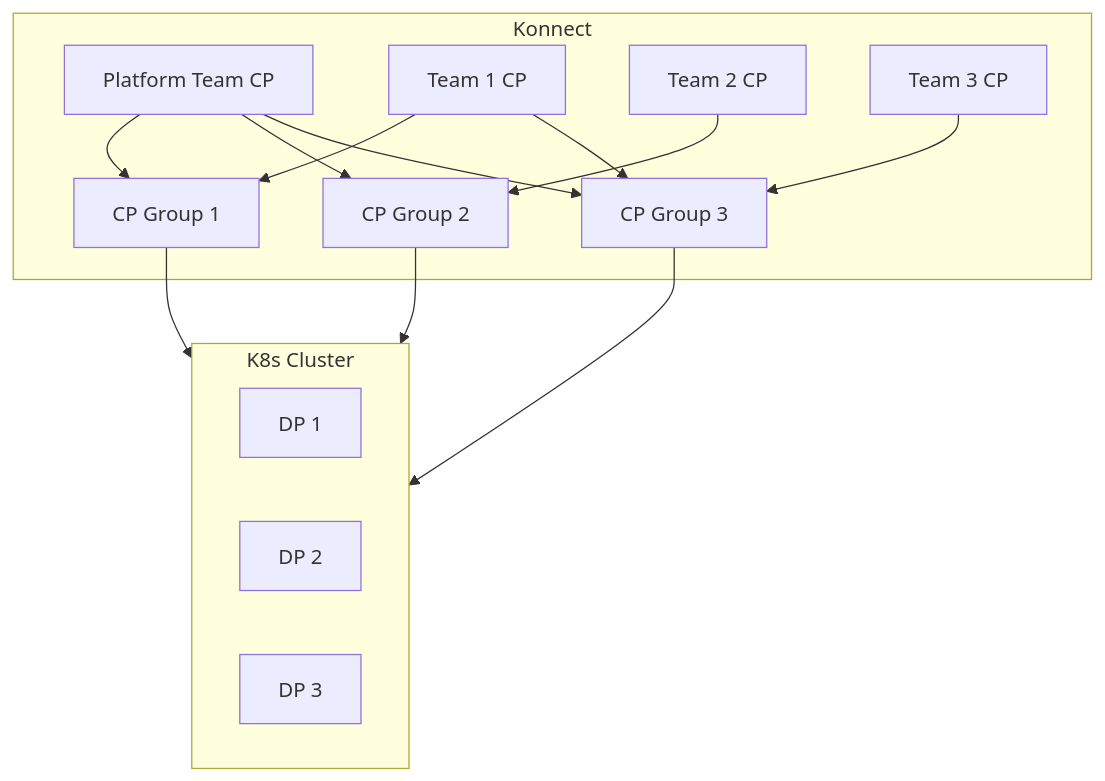
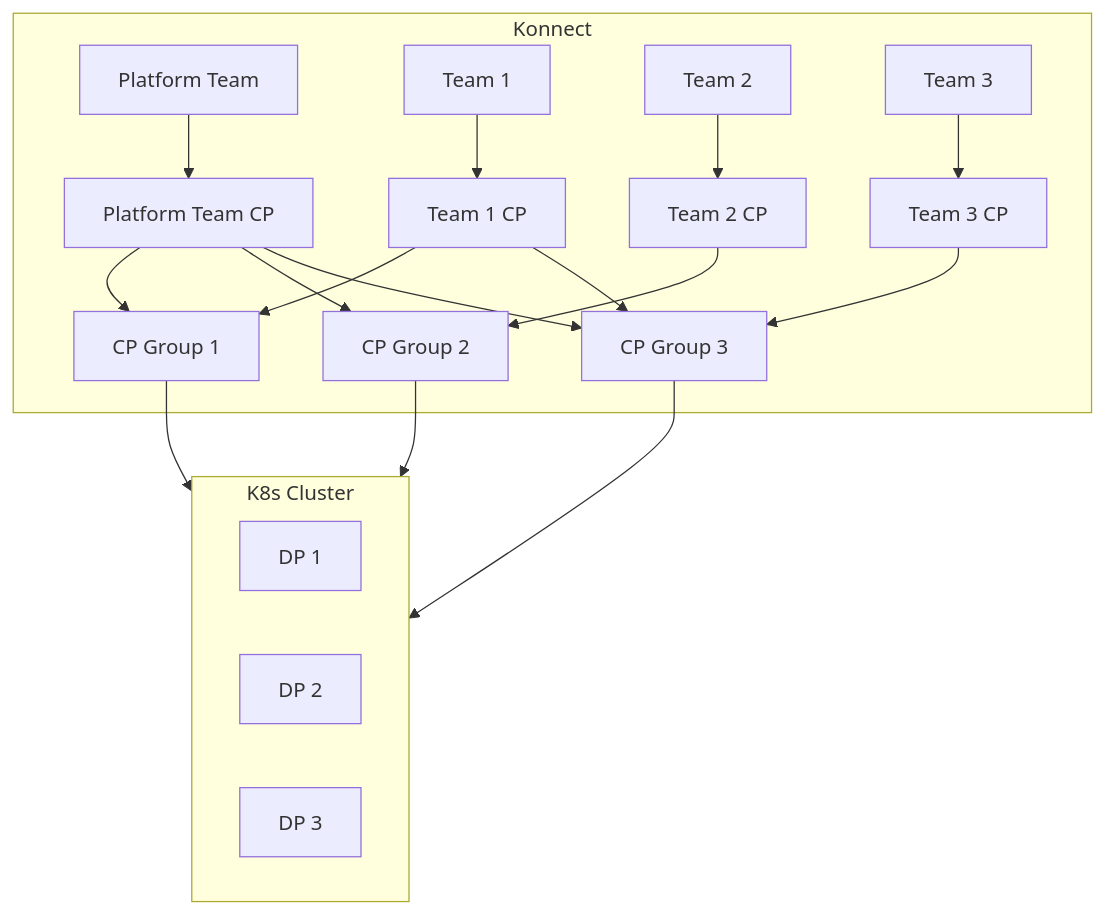
One commit to pantsel/konnect-platform-ops-demo changed the second of 3 diagrams in README.md. Above: the diagram before and after it, drawn with Mermaid.

````diff
--- a/README.md
+++ b/README.md
@@ -133,32 +133,33 @@
 ```mermaid
 graph TD;
   subgraph Konnect
     A[CP Group 1]
     B[CP Group 2]
     C[CP Group 3]
-    D[Platform Team CP]
-    E[Team 1 CP]
-    F[Team 2 CP]
-    G[Team 3 CP]
+    K[Platform Team] --> D[Platform Team CP]
+    L[Team 1] --> E[Team 1 CP]
+    M[Team 2] --> F[Team 2 CP]
+    N[Team 3] --> G[Team 3 CP]
+   
 
     D --> A
     E --> A
     D --> B
     F --> B
     D --> C
     G --> C
     E --> C
   end
 
   subgraph K8s Cluster
     direction RL
     H[DP 1]
     I[DP 2]
     J[DP 3]
   end
 
   A --> H
   B --> I
   C --> J
 
 ```
````
